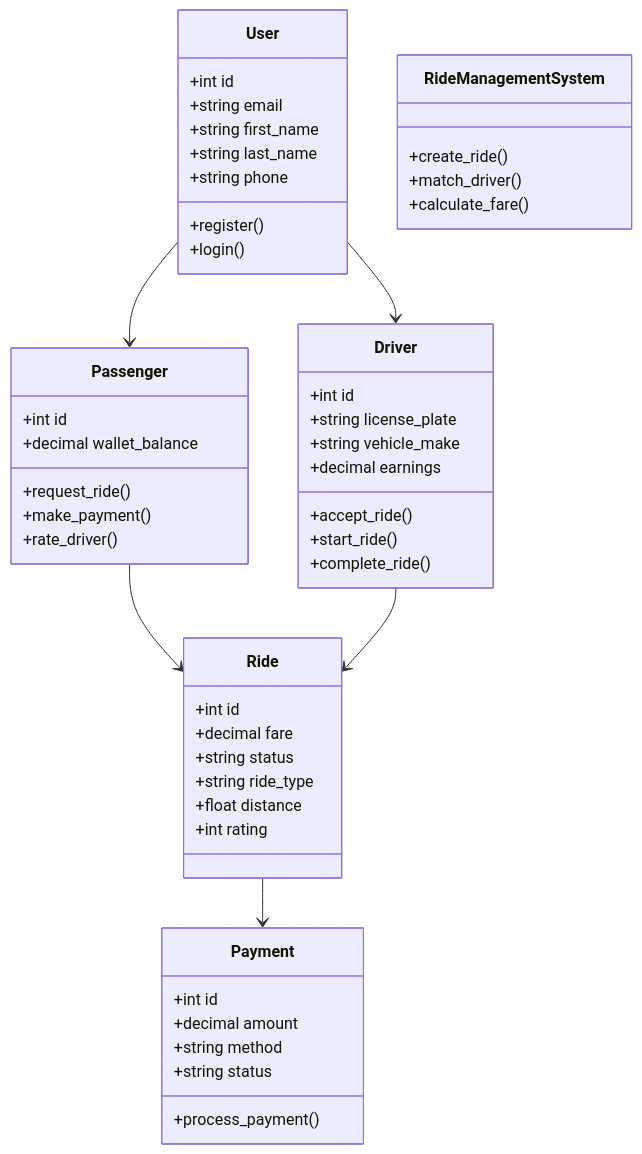
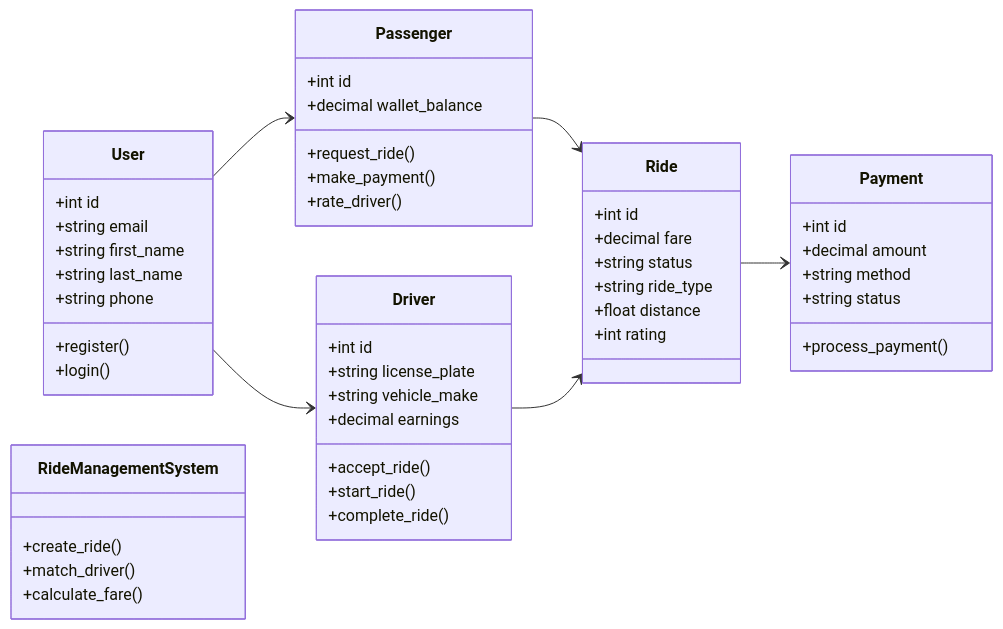
The second of 4 diagrams in DESIGN_DIAGRAMS.md (Binawei/RiderApp-Django), drawn with Mermaid before and after one commit.

Commit message:
Make class diagram horizontal
- Added 'direction LR' to display classes left-to-right
- Improves readability and layout on wide screens

````diff
--- a/DESIGN_DIAGRAMS.md
+++ b/DESIGN_DIAGRAMS.md
@@ -87,59 +87,60 @@
 ```mermaid
 classDiagram
+    direction LR
     class User {
         +int id
         +string email
         +string first_name
         +string last_name
         +string phone
         +register()
         +login()
     }
     
     class Passenger {
         +int id
         +decimal wallet_balance
         +request_ride()
         +make_payment()
         +rate_driver()
     }
     
     class Driver {
         +int id
         +string license_plate
         +string vehicle_make
         +decimal earnings
         +accept_ride()
         +start_ride()
         +complete_ride()
     }
     
     class Ride {
         +int id
         +decimal fare
         +string status
         +string ride_type
         +float distance
         +int rating
     }
     
     class Payment {
         +int id
         +decimal amount
         +string method
         +string status
         +process_payment()
     }
     
     class RideManagementSystem {
         +create_ride()
         +match_driver()
         +calculate_fare()
     }
     
     User --> Passenger
     User --> Driver
     Passenger --> Ride
     Driver --> Ride
     Ride --> Payment
 ```
````
